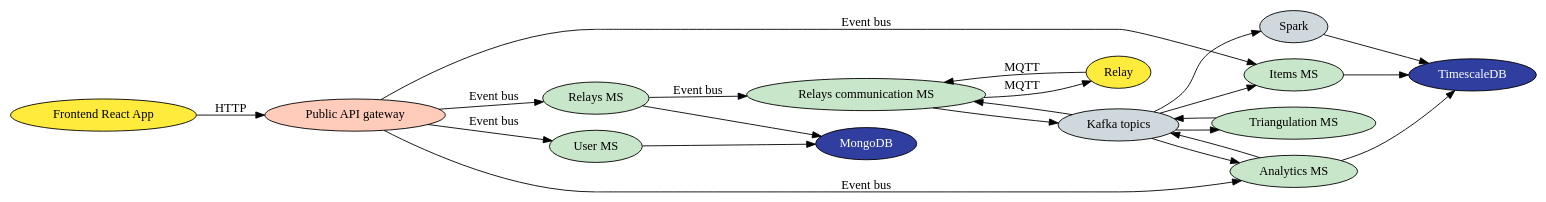
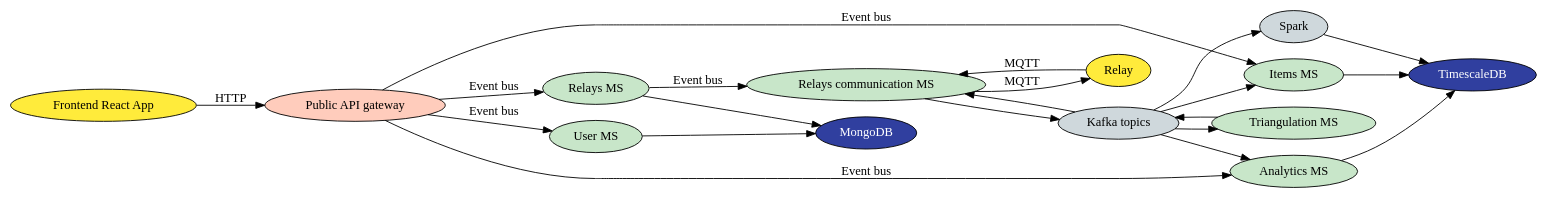
The diagram in documentation/architecture.dot (B-IoT/vertx-backend), drawn with Graphviz before and after one commit. The commit also changed 1 other file, not shown here.

Commit message:
Fix arrow in architecture diagram

```diff
--- a/documentation/architecture.dot
+++ b/documentation/architecture.dot
@@ -1,48 +1,48 @@
 digraph architecture {
   rankdir=LR;
   
   // Storage - #303F9F (dark blue)
   node[fillcolor="#303F9F" style="filled" fontcolor="white"];
   timescale_db[label="TimescaleDB"]; mongo_db[label="MongoDB"];
   
   // Client-side products - #FFEB3B (yellow)
   node[fillcolor="#FFEB3B" style="filled" fontcolor="black"];
   frontend[label="Frontend React App"]; relay[label="Relay"]
   
   // Microservices - #C8E6C9 (light green)
   node[fillcolor="#C8E6C9" style="filled" fontcolor="black"];
   relays_communication_ms[label="Relays communication MS"]; relays_ms[label="Relays MS"]; user_ms[label="User MS"]; items_ms[label="Items MS"]; analytics_ms[label="Analytics MS"]; triangulation_ms[label="Triangulation MS"];
   
   // API Gateways - #FFCCBC (light orange)
   node[fillcolor="#FFCCBC" style="filled" fontcolor="black"];
   public_api[label="Public API gateway"];
   
   // 3rd-party tools - #CFD8DC (light grey)
   node[fillcolor="#CFD8DC" style="filled" fontcolor="black"];
   kafka[label="Kafka topics"]; spark[label="Spark"];
 
   subgraph client_side_apps {
       frontend -> {public_api} [label="HTTP"];
   }
   
   subgraph relays {
       relay -> { relays_communication_ms } [label="MQTT"];
   }
   
   subgraph api_gateways {
       public_api -> {relays_ms, user_ms, items_ms, analytics_ms} [label="Event bus"];
   }
   
   subgraph microservices {
       relays_communication_ms -> {relay} [label="MQTT"];
       relays_communication_ms -> {kafka};
       triangulation_ms -> {kafka};
       kafka -> {relays_communication_ms, triangulation_ms, spark, items_ms, analytics_ms};
       relays_ms -> {mongo_db};
       relays_ms -> {relays_communication_ms} [label="Event bus"];
       user_ms -> {mongo_db};
       items_ms -> {timescale_db};
       spark -> {timescale_db};
-      analytics_ms -> {timescale_db, kafka};
+      analytics_ms -> {timescale_db};
   }
 }
```
